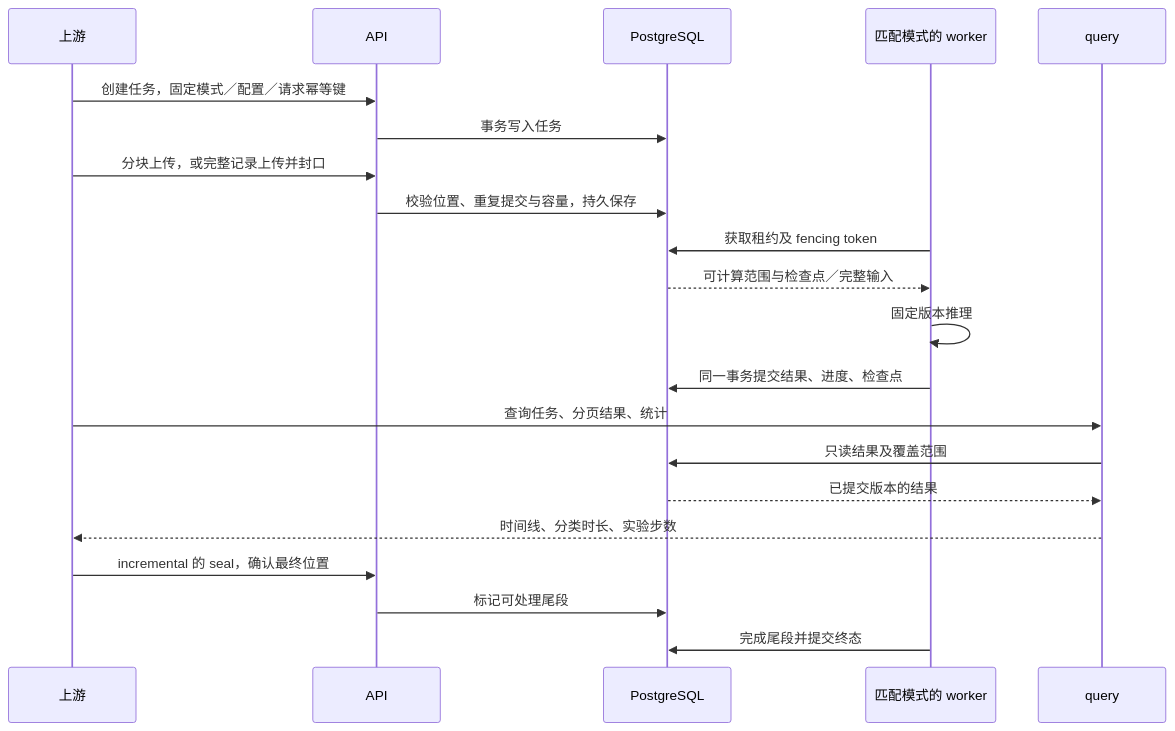
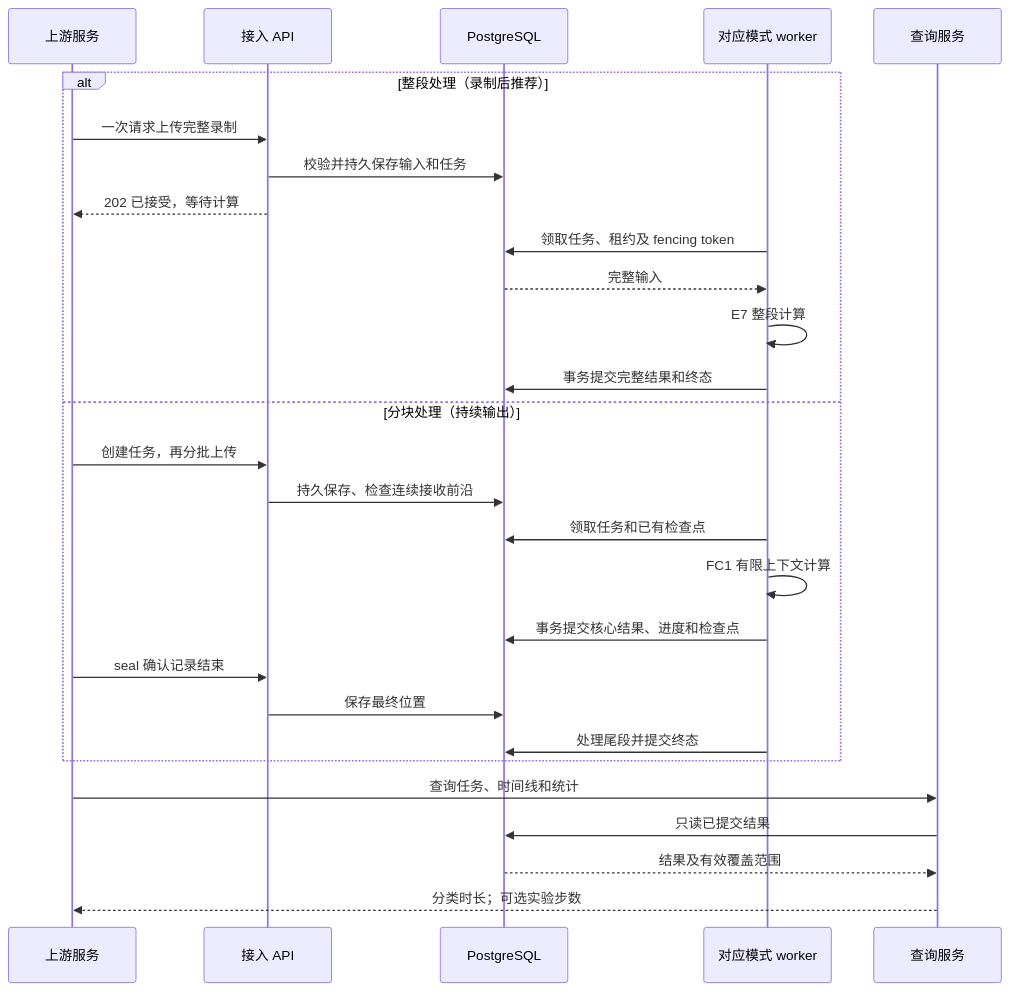
The second of 3 diagrams in docs/architecture.md (Kscii/imu-services), drawn with Mermaid before and after one commit. The commit also changed other lines of this file and 16 other files, not shown here.

````diff
--- a/docs/architecture.md
+++ b/docs/architecture.md
@@ -23,23 +83,30 @@
 ```mermaid
 sequenceDiagram
-    participant U as 上游
-    participant A as API
+    participant U as 上游服务
+    participant A as 接入 API
     participant P as PostgreSQL
-    participant W as 匹配模式的 worker
-    participant Q as query
-    U->>A: 创建任务，固定模式／配置／请求幂等键
-    A->>P: 事务写入任务
-    U->>A: 分块上传，或完整记录上传并封口
-    A->>P: 校验位置、重复提交与容量，持久保存
-    W->>P: 获取租约及 fencing token
-    P-->>W: 可计算范围与检查点／完整输入
-    W->>W: 固定版本推理
-    W->>P: 同一事务提交结果、进度、检查点
-    U->>Q: 查询任务、分页结果、统计
-    Q->>P: 只读结果及覆盖范围
-    P-->>Q: 已提交版本的结果
-    Q-->>U: 时间线、分类时长、实验步数
-    U->>A: incremental 的 seal，确认最终位置
-    A->>P: 标记可处理尾段
-    W->>P: 完成尾段并提交终态
+    participant W as 对应模式 worker
+    participant Q as 查询服务
+    alt 整段处理（录制后推荐）
+        U->>A: 一次请求上传完整录制
+        A->>P: 校验并持久保存输入和任务
+        A-->>U: 202 已接受，等待计算
+        W->>P: 领取任务、租约及 fencing token
+        P-->>W: 完整输入
+        W->>W: E7 整段计算
+        W->>P: 事务提交完整结果和终态
+    else 分块处理（持续输出）
+        U->>A: 创建任务，再分批上传
+        A->>P: 持久保存、检查连续接收前沿
+        W->>P: 领取任务和已有检查点
+        W->>W: FC1 有限上下文计算
+        W->>P: 事务提交核心结果、进度和检查点
+        U->>A: seal 确认记录结束
+        A->>P: 保存最终位置
+        W->>P: 处理尾段并提交终态
+    end
+    U->>Q: 查询任务、时间线和统计
+    Q->>P: 只读已提交结果
+    P-->>Q: 结果及有效覆盖范围
+    Q-->>U: 分类时长；可选实验步数
 ```
````
